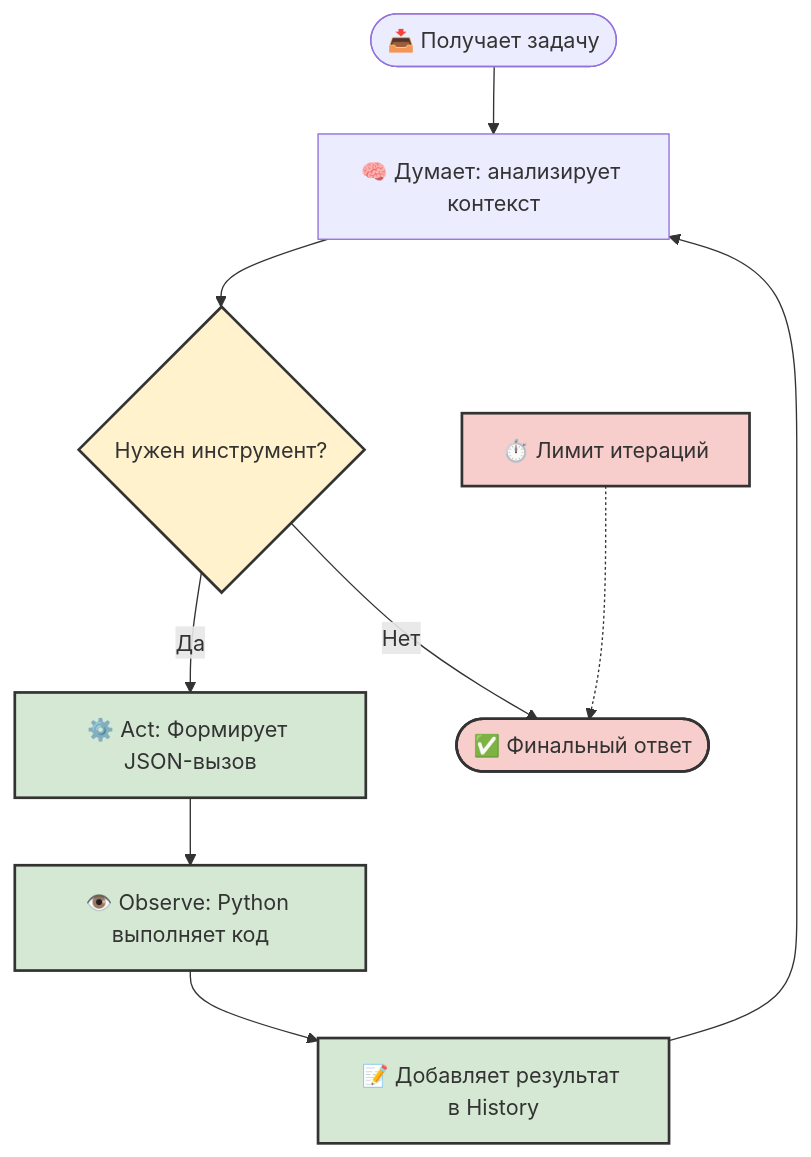
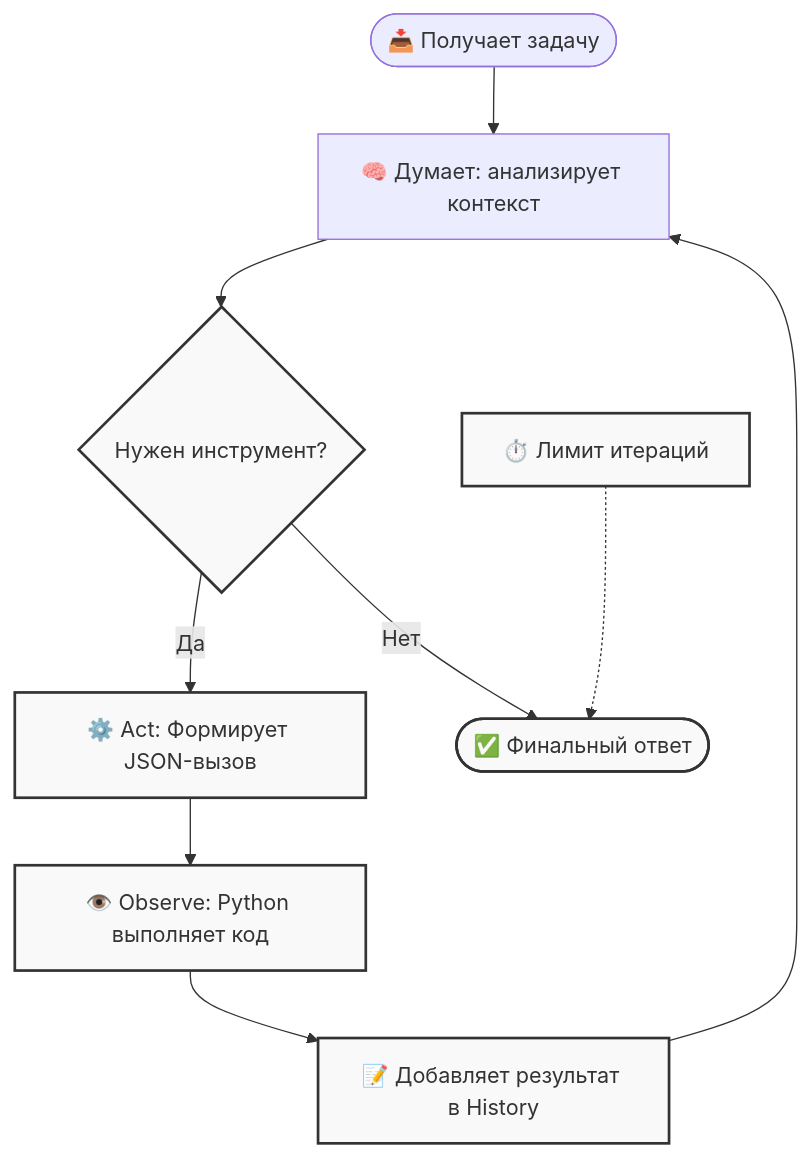
The ninth of 9 diagrams in README.md (io982/firstAgent), drawn with Mermaid before and after one commit.

````diff
--- a/README.md
+++ b/README.md
@@ -1132,22 +1132,22 @@
 ```mermaid
 graph TD
     Start([📥 Получает задачу]) --> Reason[🧠 Думает: анализирует контекст]
     Reason --> Decision{Нужен инструмент?}
     
     Decision -- Да --> Act[⚙️ Act: Формирует JSON-вызов]
     Act --> Observe[👁️ Observe: Python выполняет код]
     Observe --> History[📝 Добавляет результат в History]
     History --> Reason
     
     Decision -- Нет --> FinalAnswer([✅ Финальный ответ])
     MaxIter[⏱️ Лимит итераций] -.-> FinalAnswer
     
     classDef defaultStyle fill:#f9f9f9,stroke:#333,stroke-width:5px;
-    classDef decisionStyle fill:#fff2cc,stroke:#333,stroke-width:2px;
-    classDef actionStyle fill:#d5e8d4,stroke:#333,stroke-width:2px;
-    classDef finishStyle fill:#f8cecc,stroke:#333,stroke-width:2px;
+    classDef decisionStyle fill:#f9f9f9,stroke:#333,stroke-width:2px;
+    classDef actionStyle fill:#f9f9f9,stroke:#333,stroke-width:2px;
+    classDef finishStyle fill:#f9f9f9,stroke:#333,stroke-width:2px;
     
     class Decision decisionStyle;
     class Act,Observe,History actionStyle;
     class FinalAnswer,MaxIter finishStyle;
 ```
````
